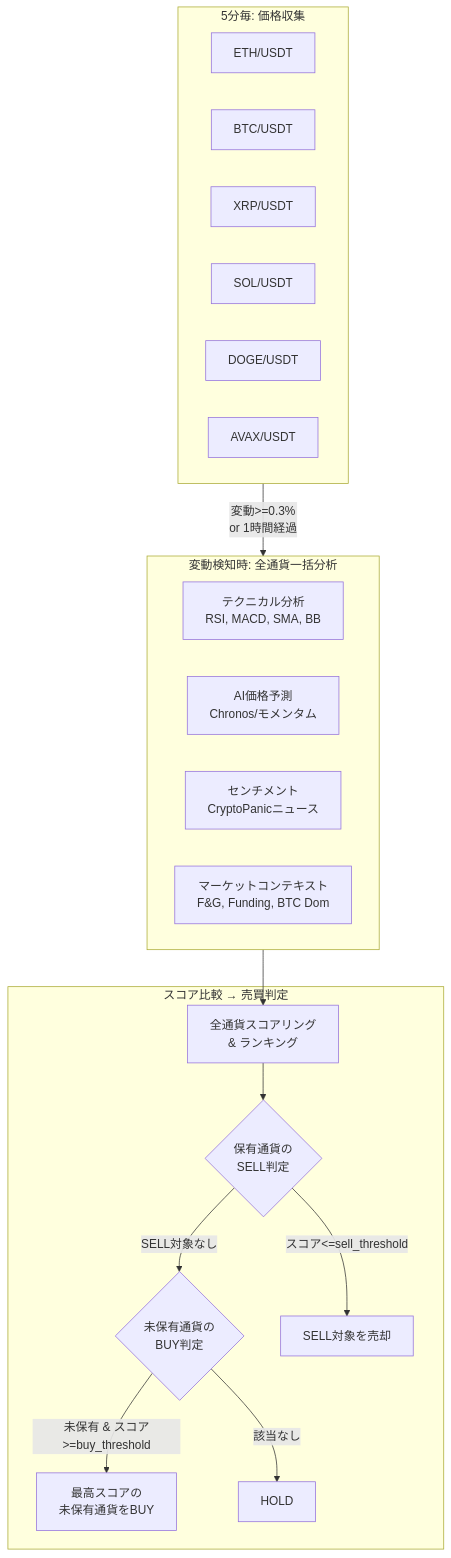
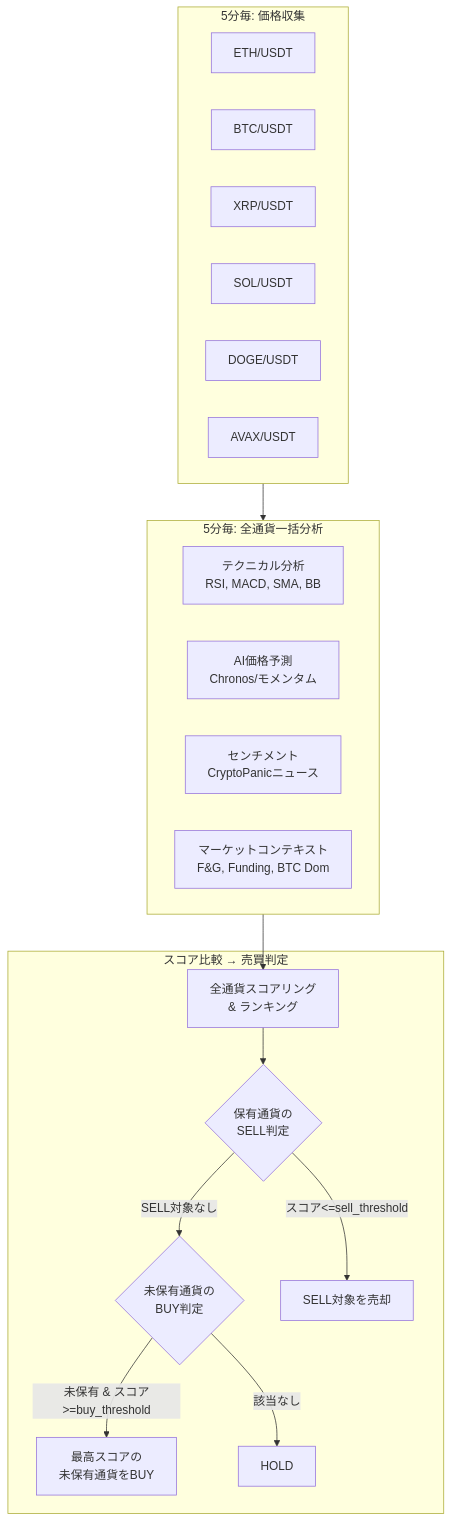
The diagram in docs/trading-strategy.md (kiikun0530/crypto-trader), drawn with Mermaid before and after one commit. The commit also changed other lines of this file and 8 other files, not shown here.

````diff
--- a/docs/trading-strategy.md
+++ b/docs/trading-strategy.md
@@ -9,30 +9,30 @@
 ```mermaid
 flowchart TD
     subgraph 収集["5分毎: 価格収集"]
         P1["ETH/USDT"] & P2["BTC/USDT"] & P3["XRP/USDT"] & P4["SOL/USDT"] & P5["DOGE/USDT"] & P6["AVAX/USDT"]
     end
 
-    subgraph 分析["変動検知時: 全通貨一括分析"]
+    subgraph 分析["5分毎: 全通貨一括分析"]
         A1["テクニカル分析<br/>RSI, MACD, SMA, BB"]
         A2["AI価格予測<br/>Chronos/モメンタム"]
         A3["センチメント<br/>CryptoPanicニュース"]
         A4["マーケットコンテキスト<br/>F&G, Funding, BTC Dom"]
     end
 
     subgraph 判定["スコア比較 → 売買判定"]
         S["全通貨スコアリング<br/>& ランキング"]
         SELL_CHK{"保有通貨の<br/>SELL判定"}
         BUY_CHK{"未保有通貨の<br/>BUY判定"}
         SELL["SELL対象を売却"]
         BUY["最高スコアの<br/>未保有通貨をBUY"]
         HOLD["HOLD"]
     end
 
-    収集 -->|"変動>=0.3%<br/>or 1時間経過"| 分析
+    収集 --> 分析
     分析 --> S
     S --> SELL_CHK
     SELL_CHK -->|"スコア<=sell_threshold"| SELL
     SELL_CHK -->|"SELL対象なし"| BUY_CHK
     BUY_CHK -->|"未保有 & スコア>=buy_threshold"| BUY
     BUY_CHK -->|"該当なし"| HOLD
 ```
````
